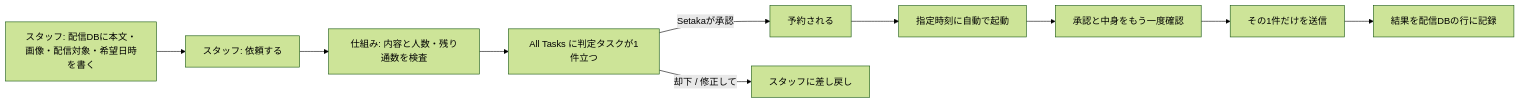
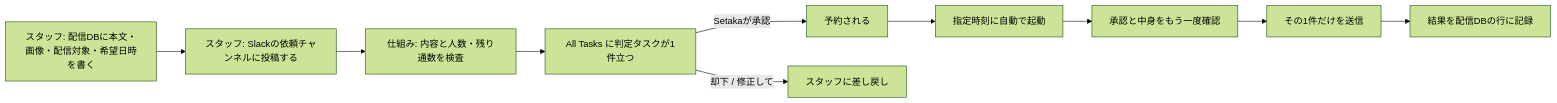
The diagram in docs/line-delivery-guide.md (elxea/elxea-cx-agent), drawn with Mermaid (forest theme) before and after one commit. The commit also changed other lines of this file, not shown here.

````diff
--- a/docs/line-delivery-guide.md
+++ b/docs/line-delivery-guide.md
@@ -33,12 +38,12 @@
 ```mermaid
 flowchart LR
-  A["スタッフ: 配信DBに本文・画像・配信対象・希望日時を書く"] --> B["スタッフ: 依頼する"]
+  A["スタッフ: 配信DBに本文・画像・配信対象・希望日時を書く"] --> B["スタッフ: Slackの依頼チャンネルに投稿する"]
   B --> C["仕組み: 内容と人数・残り通数を検査"]
   C --> D["All Tasks に判定タスクが1件立つ"]
   D -- "Setakaが承認" --> E["予約される"]
   D -- "却下 / 修正して" --> F["スタッフに差し戻し"]
   E --> G["指定時刻に自動で起動"]
   G --> H["承認と中身をもう一度確認"]
   H --> I["その1件だけを送信"]
   I --> J["結果を配信DBの行に記録"]
 ```
````
